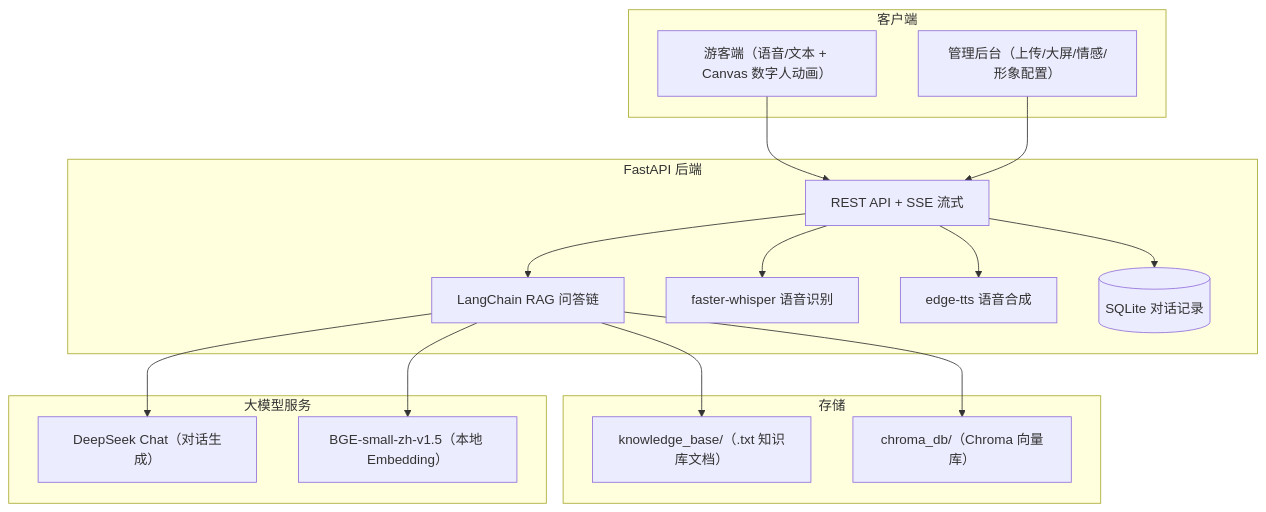
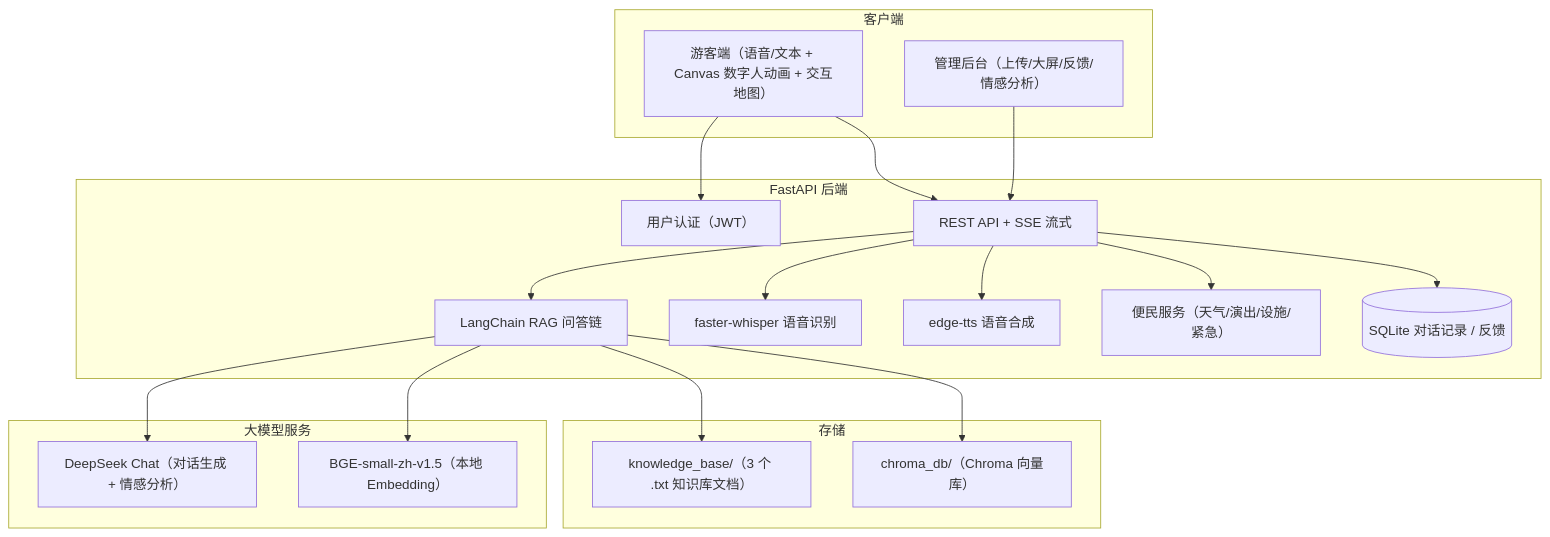
The first of 2 diagrams in docs/产品设计文档.md (YQSY-HX/AI_Tour_Agent), drawn with Mermaid before and after one commit. The commit also changed other lines of this file and 1 other file, not shown here.

````diff
--- a/docs/产品设计文档.md
+++ b/docs/产品设计文档.md
@@ -43,36 +51,40 @@
 ```mermaid
 flowchart TB
     subgraph Client["客户端"]
-        Tourist["游客端（语音/文本 + Canvas 数字人动画）"]
-        Admin["管理后台（上传/大屏/情感/形象配置）"]
+        Tourist["游客端（语音/文本 + Canvas 数字人动画 + 交互地图）"]
+        Admin["管理后台（上传/大屏/反馈/情感分析）"]
     end
 
     subgraph Backend["FastAPI 后端"]
+        Auth["用户认证（JWT）"]
         API["REST API + SSE 流式"]
         RAG["LangChain RAG 问答链"]
         ASR["faster-whisper 语音识别"]
         TTS["edge-tts 语音合成"]
-        DB[(SQLite 对话记录)]
+        Services["便民服务（天气/演出/设施/紧急）"]
+        DB[(SQLite 对话记录 / 反馈)]
     end
 
     subgraph Storage["存储"]
-        KB["knowledge_base/（.txt 知识库文档）"]
+        KB["knowledge_base/（3 个 .txt 知识库文档）"]
         Chroma["chroma_db/（Chroma 向量库）"]
     end
 
     subgraph LLM["大模型服务"]
-        DS["DeepSeek Chat（对话生成）"]
+        DS["DeepSeek Chat（对话生成 + 情感分析）"]
         LocalEmb["BGE-small-zh-v1.5（本地 Embedding）"]
     end
 
+    Tourist --> Auth
     Tourist --> API
     Admin --> API
     API --> RAG
     API --> ASR
     API --> TTS
+    API --> Services
     API --> DB
     RAG --> Chroma
     RAG --> KB
     RAG --> DS
     RAG --> LocalEmb
 ```
````
